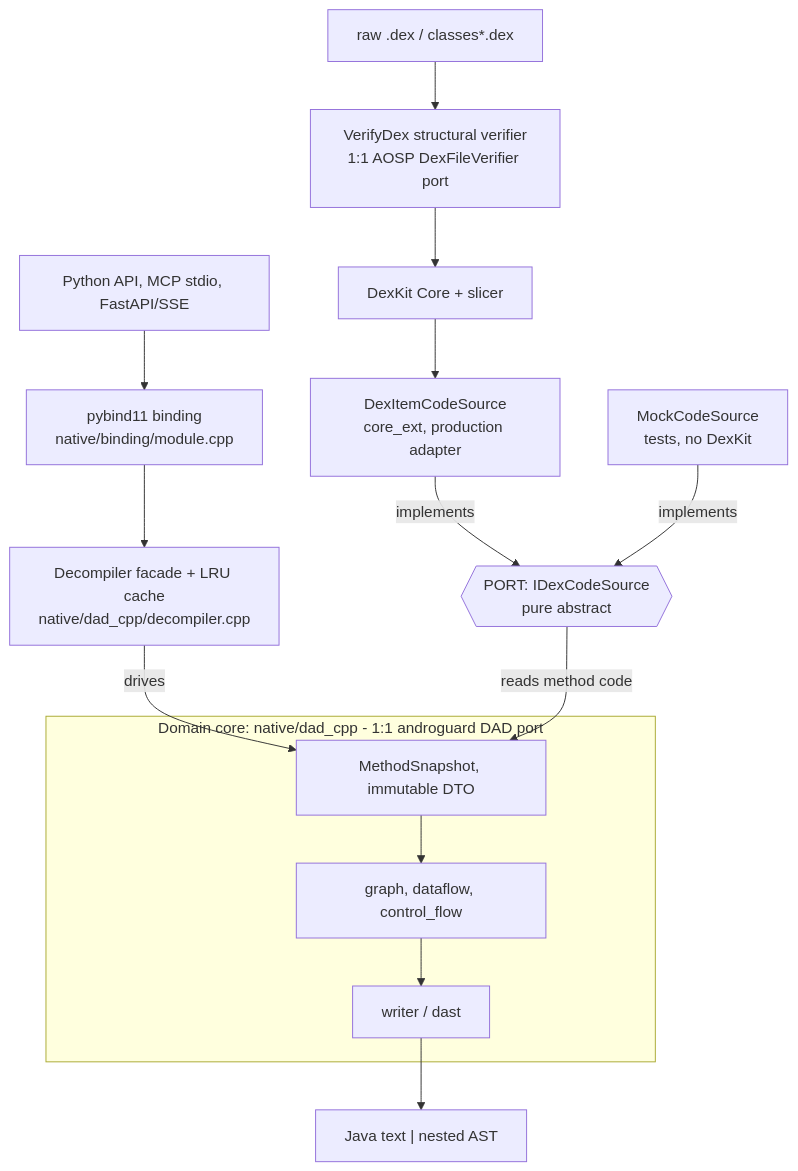
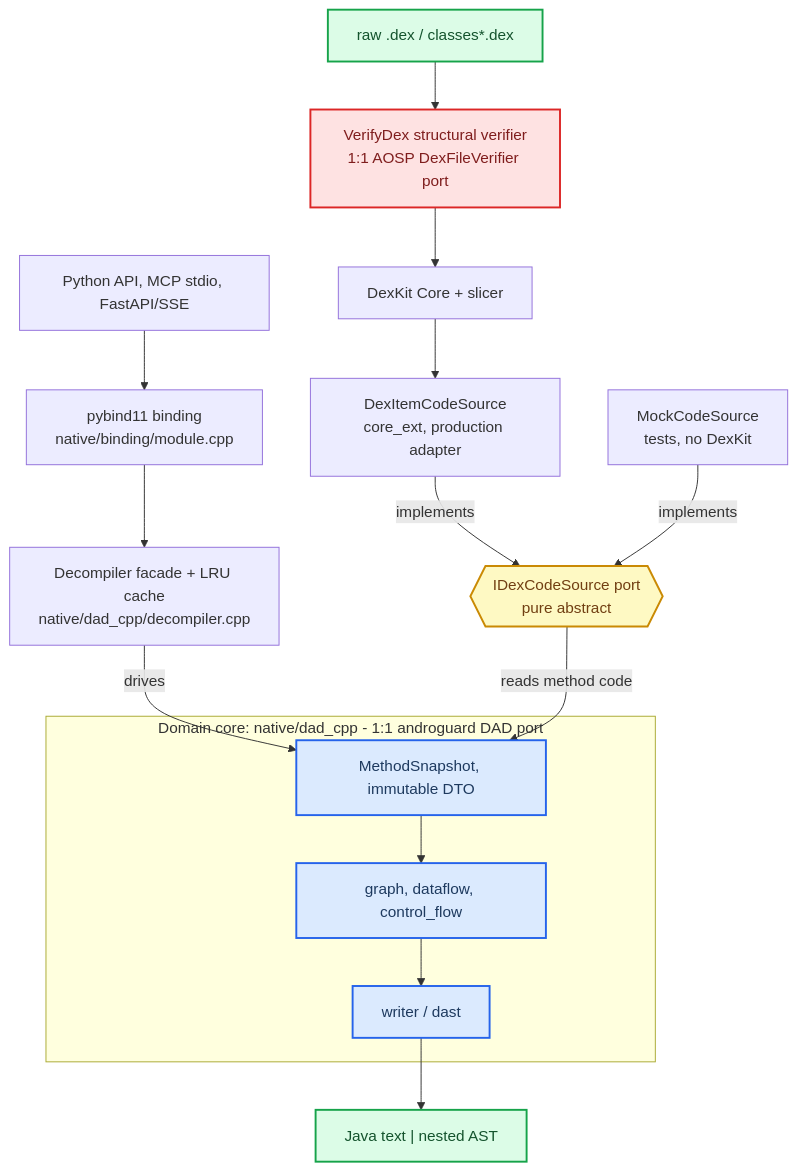
The diagram in README.md (mobile-threat-hunter/dex-analyzer-for-llm), drawn with Mermaid before and after one commit. The commit also changed 2 other files, not shown here.

Commit message:
docs: apply markdown-mermaid-writing skill standards to all diagrams
Update all 8 Mermaid diagrams (README ×1, architecture.md ×1, workflow.md ×6) to
the markdown-mermaid-writing skill's mandatory rules:

- accTitle + accDescr on every diagram (screen-reader accessibility) — verified
  present in rendered SVG <title>/aria metadata
- snake_case node/participant IDs matching labels (PY->python_api, U->caller, ...)
- semantic classDef colour classes instead of bare boxes (no inline style, no
  %%{init} that would break GitHub dark mode): io / guard / boundary / domain /
  primitive / decompile — the VerifyDex gate, IDexCodeSource port, and domain core
  are now colour-coded for instant scanning
- diagram types unchanged (already correct: sequenceDiagram for interactions,
  flowchart for structure/flow)

All 8 re-validated by rendering to real (non-error) SVG with mermaid-cli; node
labels and flows are content-identical to before.

````diff
--- a/README.md
+++ b/README.md
@@ -39,28 +39,41 @@
 ```mermaid
 flowchart TB
-    PY["Python API, MCP stdio, FastAPI/SSE"]
-    BIND["pybind11 binding<br/>native/binding/module.cpp"]
-    FACADE["Decompiler facade + LRU cache<br/>native/dad_cpp/decompiler.cpp"]
-    BYTES["raw .dex / classes*.dex"]
-    VERIFY["VerifyDex structural verifier<br/>1:1 AOSP DexFileVerifier port"]
-    DEXKIT["DexKit Core + slicer"]
-    PROD["DexItemCodeSource<br/>core_ext, production adapter"]
-    MOCK["MockCodeSource<br/>tests, no DexKit"]
-    PORT{{"PORT: IDexCodeSource<br/>pure abstract"}}
-    OUT["Java text | nested AST"]
+    accTitle: Ports and Adapters Architecture
+    accDescr: The Python API drives the decompiler facade and the DAD domain core, which reads dex only through the IDexCodeSource port. Production and test adapters implement that port, and every dex passes the VerifyDex structural verifier before the DexKit Core slicer parses it.
+
+    python_api["Python API, MCP stdio, FastAPI/SSE"]
+    pybind["pybind11 binding<br/>native/binding/module.cpp"]
+    facade["Decompiler facade + LRU cache<br/>native/dad_cpp/decompiler.cpp"]
+    raw_dex["raw .dex / classes*.dex"]
+    verify_dex["VerifyDex structural verifier<br/>1:1 AOSP DexFileVerifier port"]
+    dexkit_core["DexKit Core + slicer"]
+    prod_adapter["DexItemCodeSource<br/>core_ext, production adapter"]
+    mock_adapter["MockCodeSource<br/>tests, no DexKit"]
+    port{{"IDexCodeSource port<br/>pure abstract"}}
+    output["Java text | nested AST"]
 
     subgraph core["Domain core: native/dad_cpp - 1:1 androguard DAD port"]
-        SNAP["MethodSnapshot, immutable DTO"]
-        PIPE["graph, dataflow, control_flow"]
-        EMIT["writer / dast"]
-        SNAP --> PIPE --> EMIT
+        snapshot["MethodSnapshot, immutable DTO"]
+        pipeline["graph, dataflow, control_flow"]
+        emit["writer / dast"]
+        snapshot --> pipeline --> emit
     end
 
-    PY --> BIND --> FACADE
-    FACADE -->|drives| SNAP
-    BYTES --> VERIFY --> DEXKIT --> PROD
-    PROD -->|implements| PORT
-    MOCK -->|implements| PORT
-    PORT -->|reads method code| SNAP
-    EMIT --> OUT
+    python_api --> pybind --> facade
+    facade -->|drives| snapshot
+    raw_dex --> verify_dex --> dexkit_core --> prod_adapter
+    prod_adapter -->|implements| port
+    mock_adapter -->|implements| port
+    port -->|reads method code| snapshot
+    emit --> output
+
+    classDef io fill:#dcfce7,stroke:#16a34a,stroke-width:2px,color:#14532d
+    classDef guard fill:#fee2e2,stroke:#dc2626,stroke-width:2px,color:#7f1d1d
+    classDef boundary fill:#fef9c3,stroke:#ca8a04,stroke-width:2px,color:#713f12
+    classDef domain fill:#dbeafe,stroke:#2563eb,stroke-width:2px,color:#1e3a5f
+
+    class raw_dex,output io
+    class verify_dex guard
+    class port boundary
+    class snapshot,pipeline,emit domain
 ```
````
